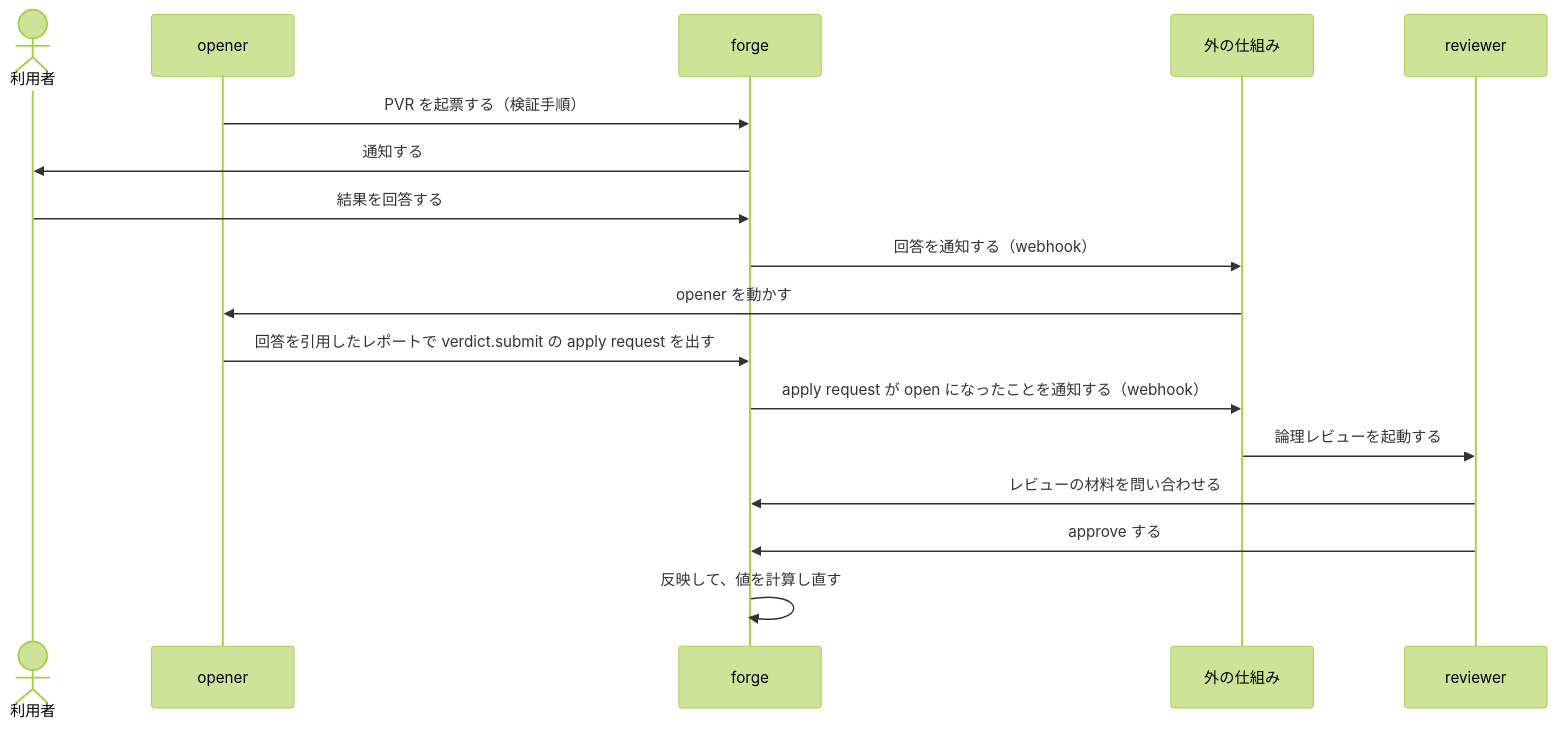
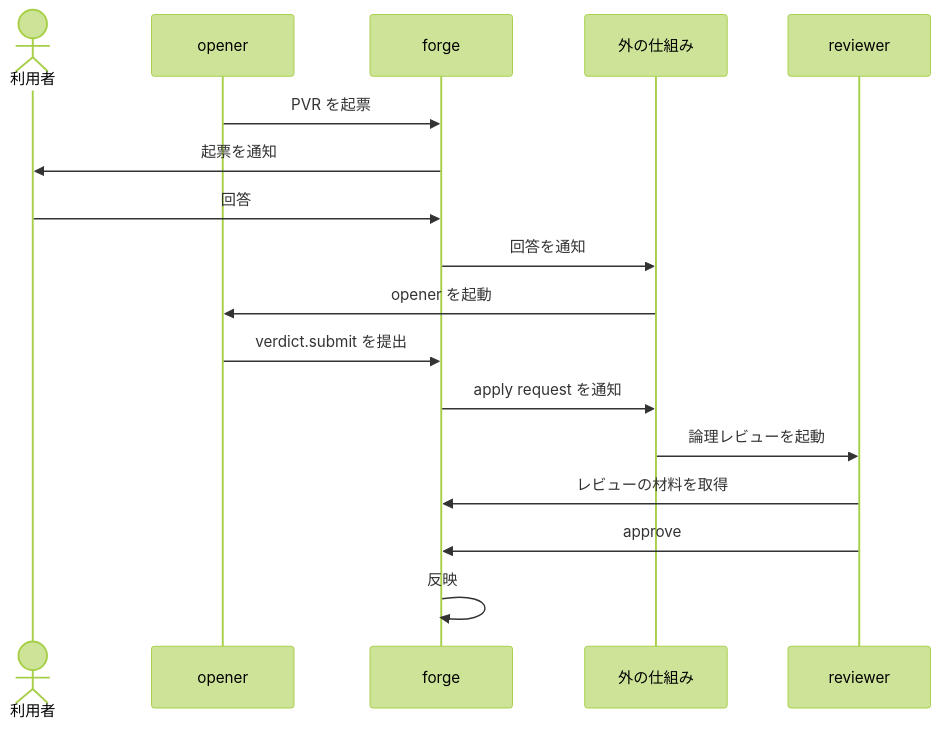
Before and after one commit to yamambainc/logiforge: the diagram in docs/human-requests/README.md, drawn with Mermaid (forest theme). The commit also changed other lines of this file and 9 other files, not shown here.

First line of the commit message:
docs, design: mermaid の中に説明文を書かない規則を skill に足し、図を直した

````diff
--- a/docs/human-requests/README.md
+++ b/docs/human-requests/README.md
@@ -45,19 +45,19 @@
 ```mermaid
 sequenceDiagram
   actor U as 利用者
   participant O as opener
   participant H as forge
   participant X as 外の仕組み
   participant R as reviewer
-  O->>H: PVR を起票する（検証手順）
-  H->>U: 通知する
-  U->>H: 結果を回答する
-  H->>X: 回答を通知する（webhook）
-  X->>O: opener を動かす
-  O->>H: 回答を引用したレポートで verdict.submit の apply request を出す
-  H->>X: apply request が open になったことを通知する（webhook）
-  X->>R: 論理レビューを起動する
-  R->>H: レビューの材料を問い合わせる
-  R->>H: approve する
-  H->>H: 反映して、値を計算し直す
+  O->>H: PVR を起票
+  H->>U: 起票を通知
+  U->>H: 回答
+  H->>X: 回答を通知
+  X->>O: opener を起動
+  O->>H: verdict.submit を提出
+  H->>X: apply request を通知
+  X->>R: 論理レビューを起動
+  R->>H: レビューの材料を取得
+  R->>H: approve
+  H->>H: 反映
 ```
````
